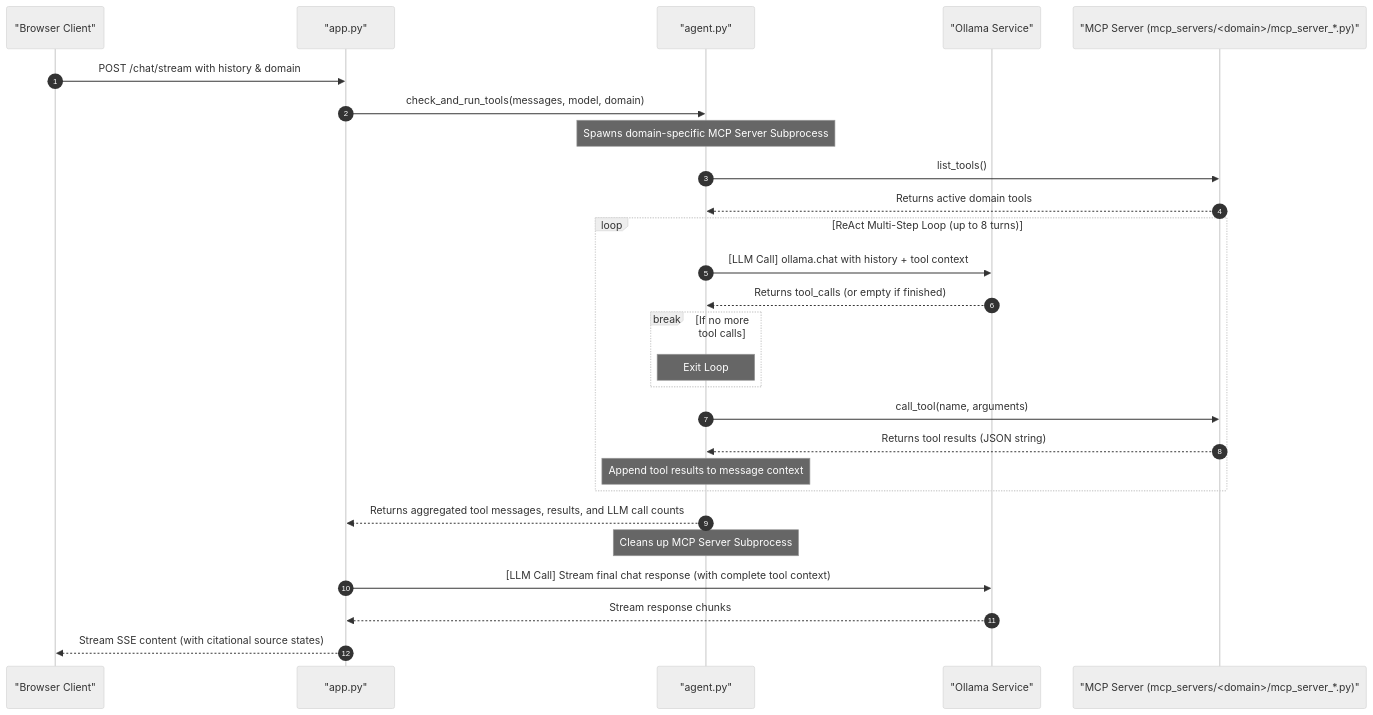
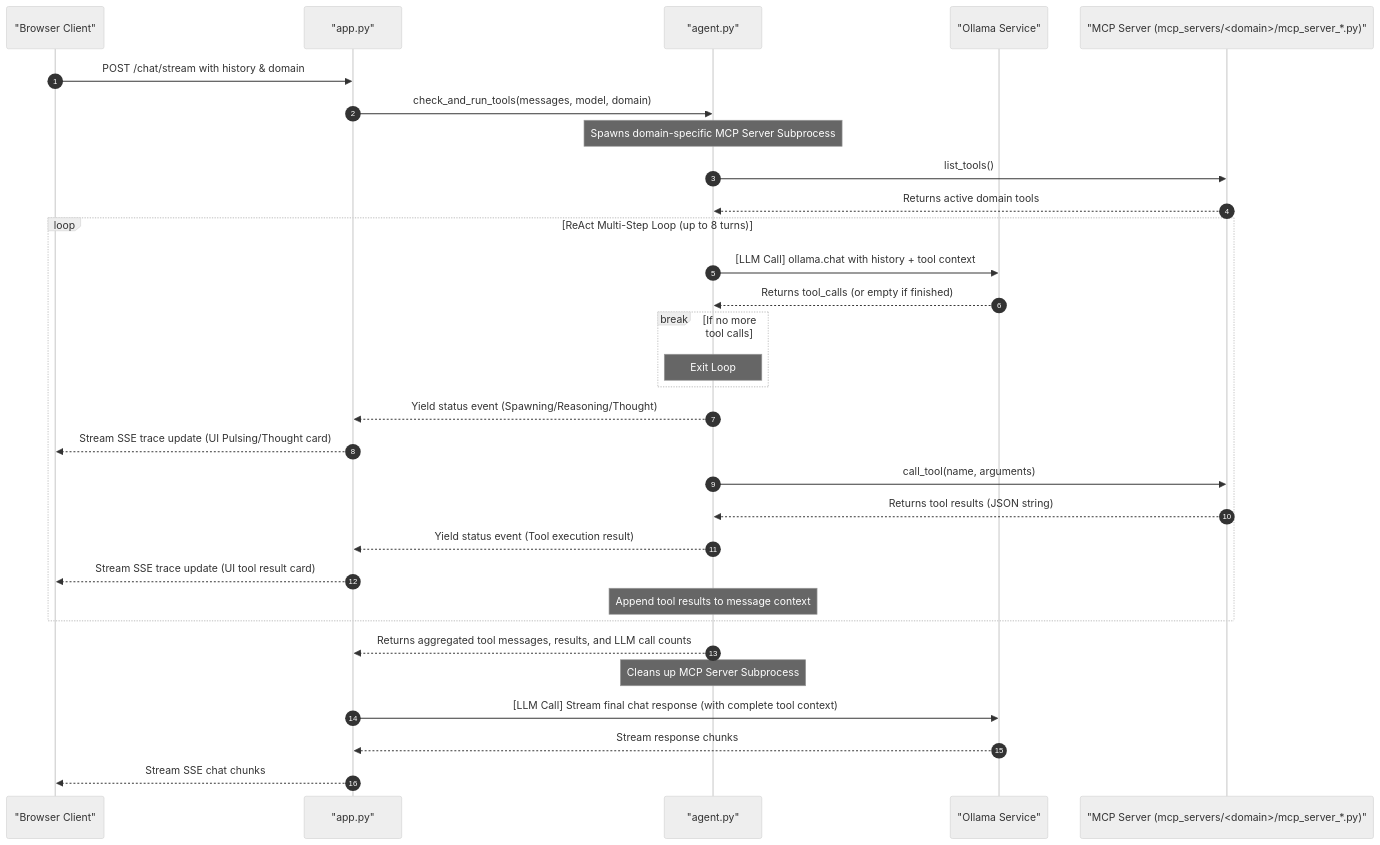
One commit to vdonthireddy/ollama-gemma-agents-mcp-skills changed the second of 2 diagrams in README.md. Above: the diagram before and after it, drawn with Mermaid (neutral theme). The commit also changed other lines of this file, not shown here.

Commit message:
Update Mermaid diagrams in README.md to show real-time SSE stream tracer updates

````diff
--- a/README.md
+++ b/README.md
@@ -39,32 +40,36 @@
 ```mermaid
 sequenceDiagram
     autonumber
     participant Client as "Browser Client"
     participant App as "app.py"
     participant Agent as "agent.py"
     participant Ollama as "Ollama Service"
     participant MCPServer as "MCP Server (mcp_servers/<domain>/mcp_server_*.py)"
 
     Client->>App: POST /chat/stream with history & domain
     App->>Agent: check_and_run_tools(messages, model, domain)
     Note over Agent: Spawns domain-specific MCP Server Subprocess
     Agent->>MCPServer: list_tools()
     MCPServer-->>Agent: Returns active domain tools
     
     loop ReAct Multi-Step Loop (up to 8 turns)
         Agent->>Ollama: [LLM Call] ollama.chat with history + tool context
         Ollama-->>Agent: Returns tool_calls (or empty if finished)
         break If no more tool calls
             Note over Agent: Exit Loop
         end
+        Agent-->>App: Yield status event (Spawning/Reasoning/Thought)
+        App-->>Client: Stream SSE trace update (UI Pulsing/Thought card)
         Agent->>MCPServer: call_tool(name, arguments)
         MCPServer-->>Agent: Returns tool results (JSON string)
+        Agent-->>App: Yield status event (Tool execution result)
+        App-->>Client: Stream SSE trace update (UI tool result card)
         Note over Agent: Append tool results to message context
     end
     
     Agent-->>App: Returns aggregated tool messages, results, and LLM call counts
     Note over Agent: Cleans up MCP Server Subprocess
     App->>Ollama: [LLM Call] Stream final chat response (with complete tool context)
     Ollama-->>App: Stream response chunks
-    App-->>Client: Stream SSE content (with citational source states)
+    App-->>Client: Stream SSE chat chunks
 ```
````
